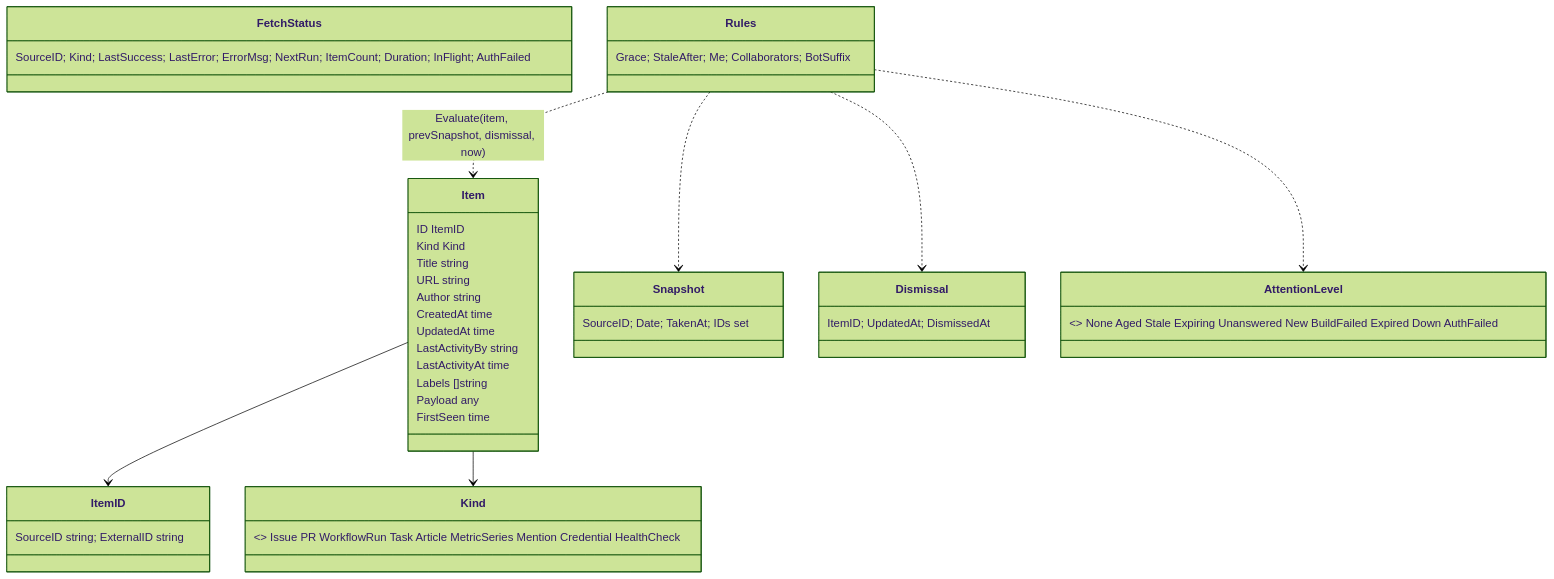
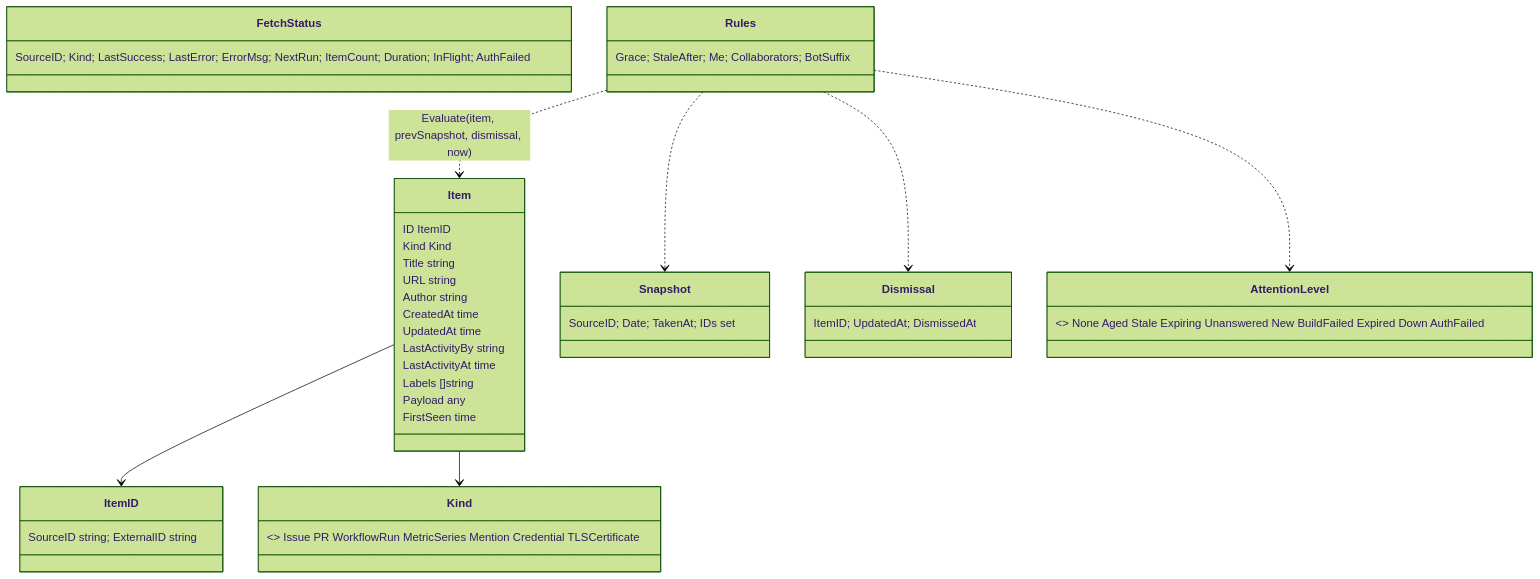
One commit to gernotstarke/zorgscope changed the diagram in docs/architecture/08-crosscutting-concepts.md. Above: the diagram before and after it, drawn with Mermaid (forest theme). The commit also changed other lines of this file and 79 other files, not shown here.

````diff
--- a/docs/architecture/08-crosscutting-concepts.md
+++ b/docs/architecture/08-crosscutting-concepts.md
@@ -5,30 +5,30 @@
 ```mermaid
 classDiagram
     class Item {
       ID ItemID
       Kind Kind
       Title string
       URL string
       Author string
       CreatedAt time
       UpdatedAt time
       LastActivityBy string
       LastActivityAt time
       Labels []string
       Payload any
       FirstSeen time
     }
     class ItemID { SourceID string; ExternalID string }
-    class Kind { <<enum>> Issue PR WorkflowRun Task Article MetricSeries Mention Credential HealthCheck }
+    class Kind { <<enum>> Issue PR WorkflowRun MetricSeries Mention Credential TLSCertificate }
     class Snapshot { SourceID; Date; TakenAt; IDs set }
     class Dismissal { ItemID; UpdatedAt; DismissedAt }
     class FetchStatus { SourceID; Kind; LastSuccess; LastError; ErrorMsg; NextRun; ItemCount; Duration; InFlight; AuthFailed }
     class Rules { Grace; StaleAfter; Me; Collaborators; BotSuffix }
     class AttentionLevel { <<enum>> None Aged Stale Expiring Unanswered New BuildFailed Expired Down AuthFailed }
     Item --> ItemID
     Item --> Kind
     Rules ..> Item : Evaluate(item, prevSnapshot, dismissal, now)
     Rules ..> Snapshot
     Rules ..> Dismissal
     Rules ..> AttentionLevel
 ```
````
